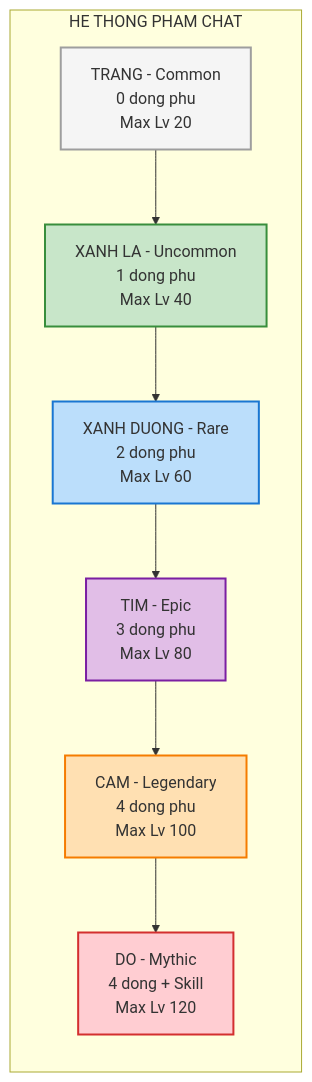
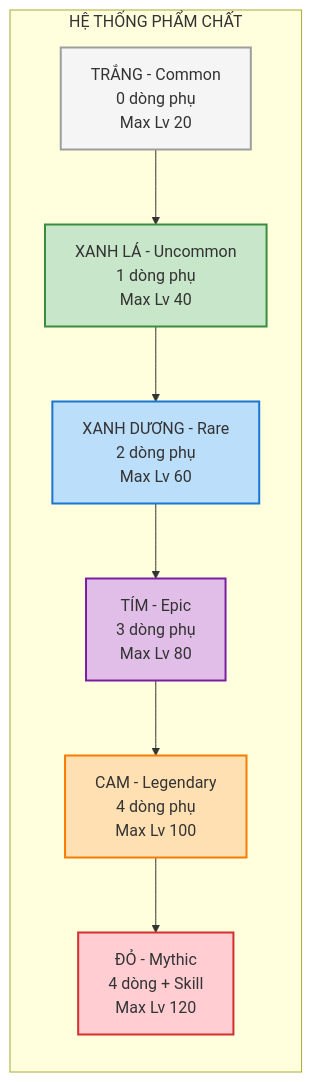
Before and after one commit to luantran-working/idlegame-designdocs: the first of 3 diagrams in docs/he-thong-trang-bi.md, drawn with Mermaid. The commit also changed other lines of this file and 16 other files, not shown here.

Commit message:
feat: Introduce extensive game design documentation covering game systems, UI, and roadmap, and enable Mermaid diagram support in Docusaurus.

````diff
--- a/docs/he-thong-trang-bi.md
+++ b/docs/he-thong-trang-bi.md
@@ -105,21 +105,21 @@
 ```mermaid
 flowchart LR
-    subgraph Rarity["HE THONG PHAM CHAT"]
+    subgraph Rarity["HỆ THỐNG PHẨM CHẤT"]
         direction TB
-        White["TRANG - Common<br/>0 dong phu<br/>Max Lv 20"]
-        Green["XANH LA - Uncommon<br/>1 dong phu<br/>Max Lv 40"]
-        Blue["XANH DUONG - Rare<br/>2 dong phu<br/>Max Lv 60"]
-        Purple["TIM - Epic<br/>3 dong phu<br/>Max Lv 80"]
-        Orange["CAM - Legendary<br/>4 dong phu<br/>Max Lv 100"]
-        Red["DO - Mythic<br/>4 dong + Skill<br/>Max Lv 120"]
+        White["TRẮNG - Common<br/>0 dòng phụ<br/>Max Lv 20"]
+        Green["XANH LÁ - Uncommon<br/>1 dòng phụ<br/>Max Lv 40"]
+        Blue["XANH DƯƠNG - Rare<br/>2 dòng phụ<br/>Max Lv 60"]
+        Purple["TÍM - Epic<br/>3 dòng phụ<br/>Max Lv 80"]
+        Orange["CAM - Legendary<br/>4 dòng phụ<br/>Max Lv 100"]
+        Red["ĐỎ - Mythic<br/>4 dòng + Skill<br/>Max Lv 120"]
     end
 
     White --> Green --> Blue --> Purple --> Orange --> Red
 
     style White fill:#f5f5f5,stroke:#9e9e9e,stroke-width:2px
     style Green fill:#c8e6c9,stroke:#388e3c,stroke-width:2px
     style Blue fill:#bbdefb,stroke:#1976d2,stroke-width:2px
     style Purple fill:#e1bee7,stroke:#7b1fa2,stroke-width:2px
     style Orange fill:#ffe0b2,stroke:#f57c00,stroke-width:2px
     style Red fill:#ffcdd2,stroke:#d32f2f,stroke-width:2px
 ```
````
